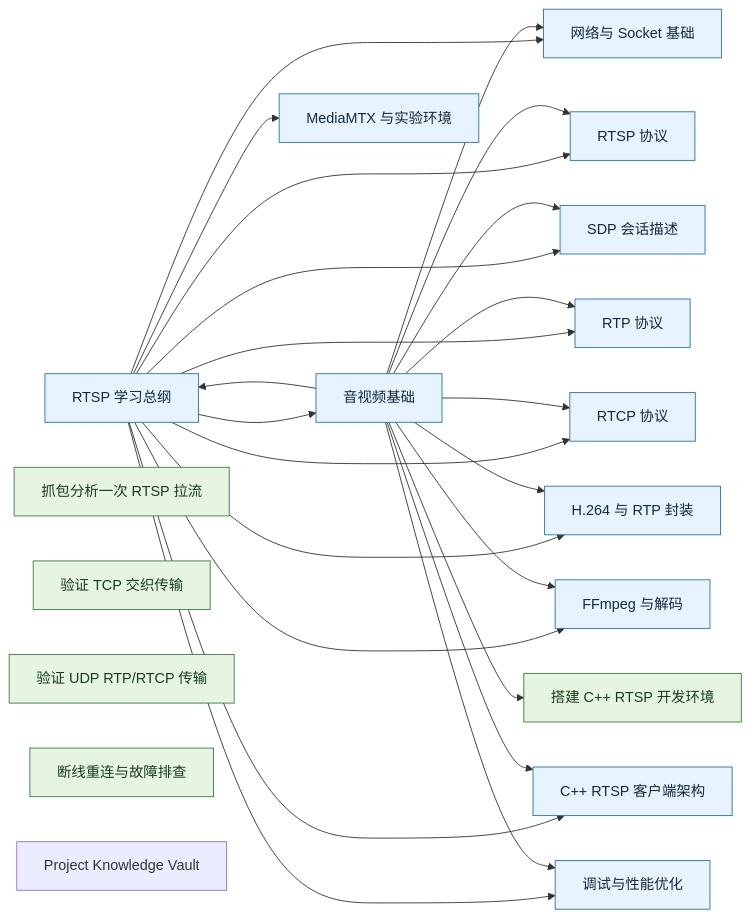
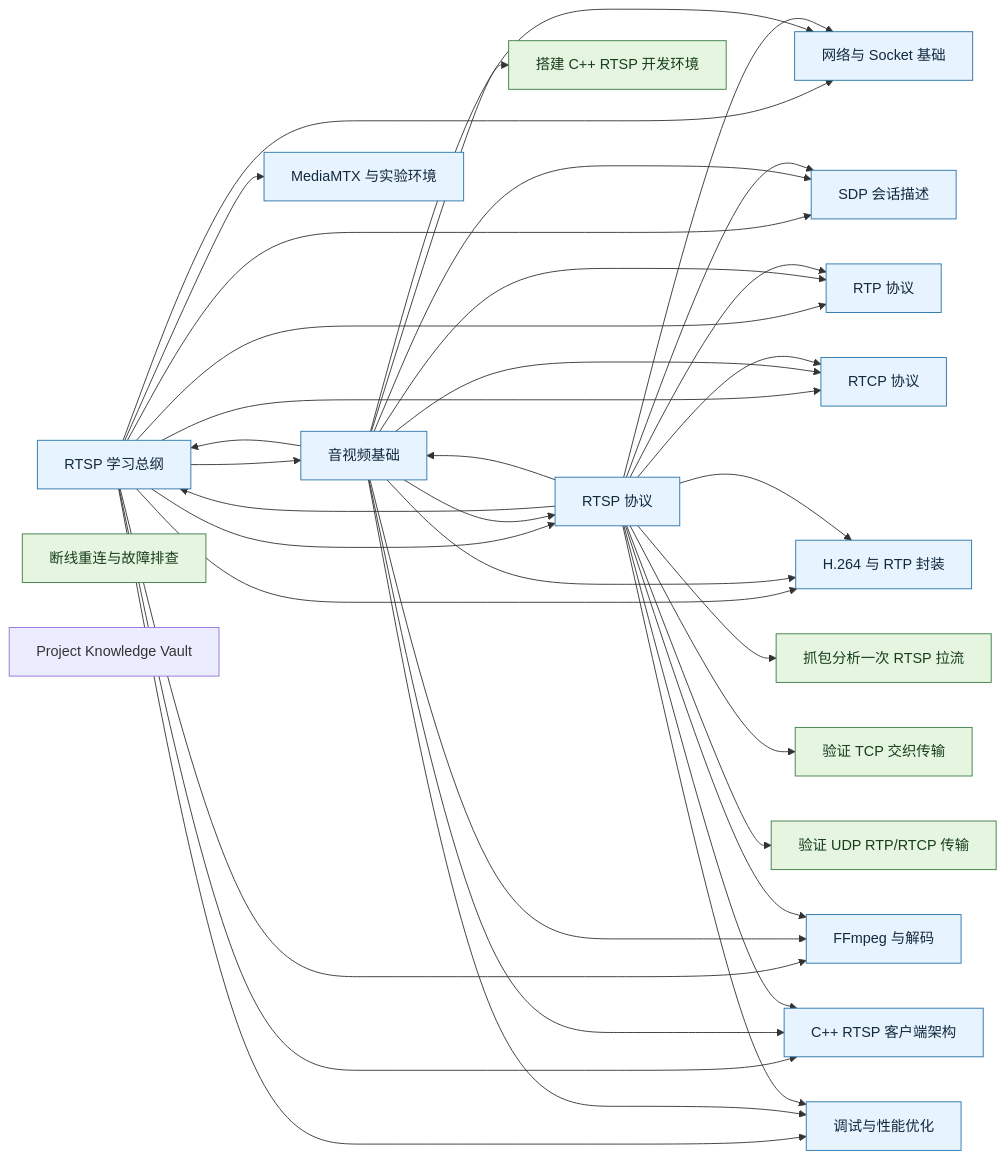
One commit to 18828644614/rtsp changed the diagram in .knowledge-vault/graph.md. Above: the diagram before and after it, drawn with Mermaid. The commit also changed other lines of this file and 11 other files, not shown here.

````diff
--- a/.knowledge-vault/graph.md
+++ b/.knowledge-vault/graph.md
@@ -5,66 +5,79 @@
 ```mermaid
 graph LR
     n0["RTSP 学习总纲"]
     class n0 topic
     n1["网络与 Socket 基础"]
     class n1 topic
     n2["音视频基础"]
     class n2 topic
     n3["RTSP 协议"]
     class n3 topic
     n4["SDP 会话描述"]
     class n4 topic
     n5["RTP 协议"]
     class n5 topic
     n6["RTCP 协议"]
     class n6 topic
     n7["H.264 与 RTP 封装"]
     class n7 topic
     n8["FFmpeg 与解码"]
     class n8 topic
     n9["MediaMTX 与实验环境"]
     class n9 topic
     n10["C++ RTSP 客户端架构"]
     class n10 topic
     n11["调试与性能优化"]
     class n11 topic
     n12["搭建 C++ RTSP 开发环境"]
     class n12 runbook
     n13["抓包分析一次 RTSP 拉流"]
     class n13 runbook
     n14["验证 TCP 交织传输"]
     class n14 runbook
     n15["验证 UDP RTP/RTCP 传输"]
     class n15 runbook
     n16["断线重连与故障排查"]
     class n16 runbook
     n17["Project Knowledge Vault"]
     n0 --> n1
     n0 --> n2
     n0 --> n3
     n0 --> n4
     n0 --> n5
     n0 --> n6
     n0 --> n7
     n0 --> n8
     n0 --> n9
     n0 --> n10
     n0 --> n11
     n2 --> n0
     n2 --> n1
     n2 --> n3
     n2 --> n4
     n2 --> n5
     n2 --> n6
     n2 --> n7
     n2 --> n8
     n2 --> n10
     n2 --> n11
     n2 --> n12
+    n3 --> n0
+    n3 --> n1
+    n3 --> n2
+    n3 --> n4
+    n3 --> n5
+    n3 --> n6
+    n3 --> n7
+    n3 --> n8
+    n3 --> n10
+    n3 --> n11
+    n3 --> n13
+    n3 --> n14
+    n3 --> n15
     classDef session fill:#f4f4f4,stroke:#666,color:#222
     classDef topic fill:#e7f3ff,stroke:#2774a8,color:#13293d
     classDef decision fill:#fff2cc,stroke:#a67c00,color:#3d3000
     classDef runbook fill:#e5f5e0,stroke:#3a7d44,color:#173d1d
     classDef snippet fill:#f3e8ff,stroke:#7651a8,color:#2f1b47
     classDef archived fill:#eeeeee,stroke:#999,color:#555
 ```
````
